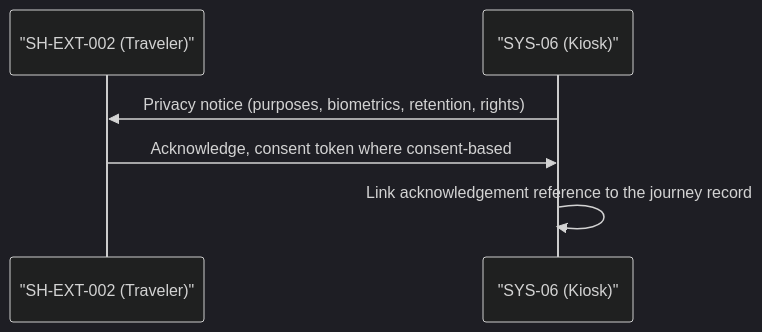
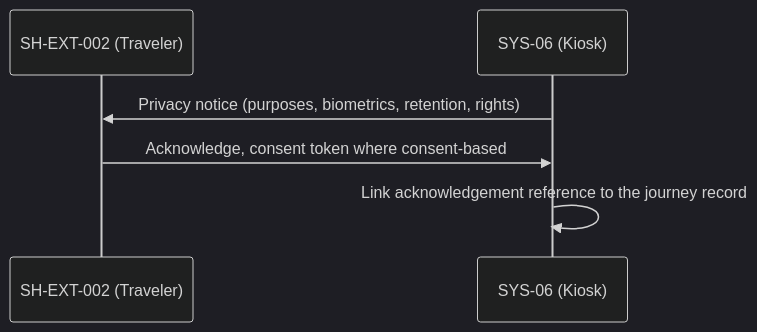
The seventh of 21 diagrams in 02_CASES/Case_02_SecureBorder_Solutions/03_PHASE3_DECOMPOSITION/annexes/B_Sequence_Diagrams.md (pauloribeiro16/Methodology_compact), drawn with Mermaid (dark theme) before and after one commit. The commit also changed other lines of this file and 5 other files, not shown here.

Commit message:
[EXECUTOR] uc-catalogues: embed UC diagram gallery + inline sequence diagrams — Case_01/02/03

````diff
--- a/02_CASES/Case_02_SecureBorder_Solutions/03_PHASE3_DECOMPOSITION/annexes/B_Sequence_Diagrams.md
+++ b/02_CASES/Case_02_SecureBorder_Solutions/03_PHASE3_DECOMPOSITION/annexes/B_Sequence_Diagrams.md
@@ -106,8 +103,8 @@
 ```mermaid
 sequenceDiagram
-    participant TRV as "SH-EXT-002 (Traveler)"
-    participant KIOSK as "SYS-06 (Kiosk)"
+    participant TRV as SH-EXT-002 (Traveler)
+    participant KIOSK as SYS-06 (Kiosk)
     KIOSK->>TRV: Privacy notice (purposes, biometrics, retention, rights)
     TRV->>KIOSK: Acknowledge, consent token where consent-based
     KIOSK->>KIOSK: Link acknowledgement reference to the journey record
 ```
````
